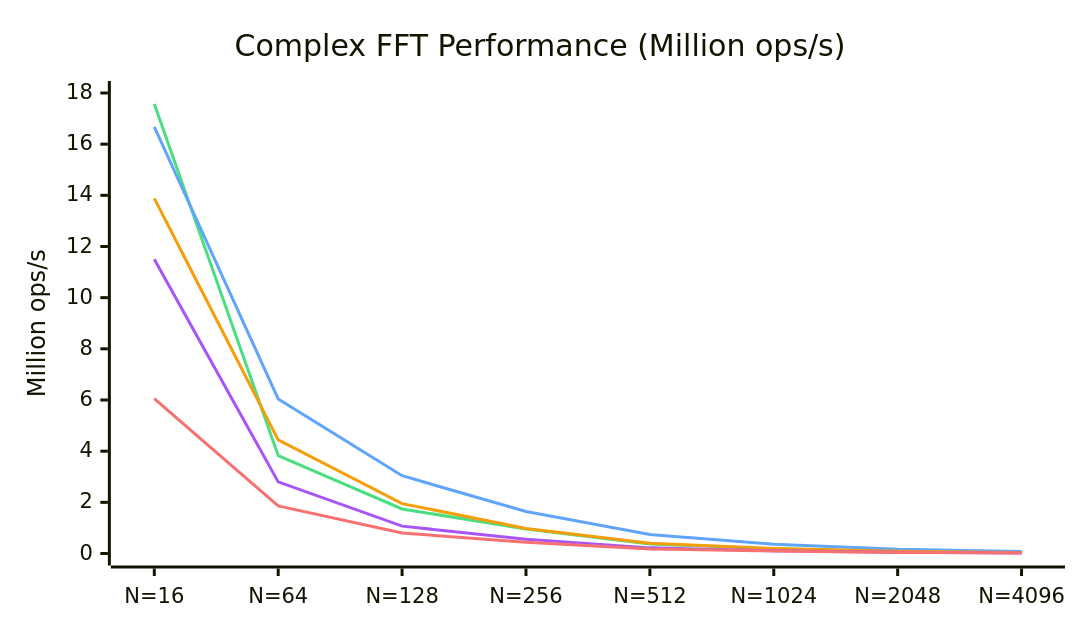
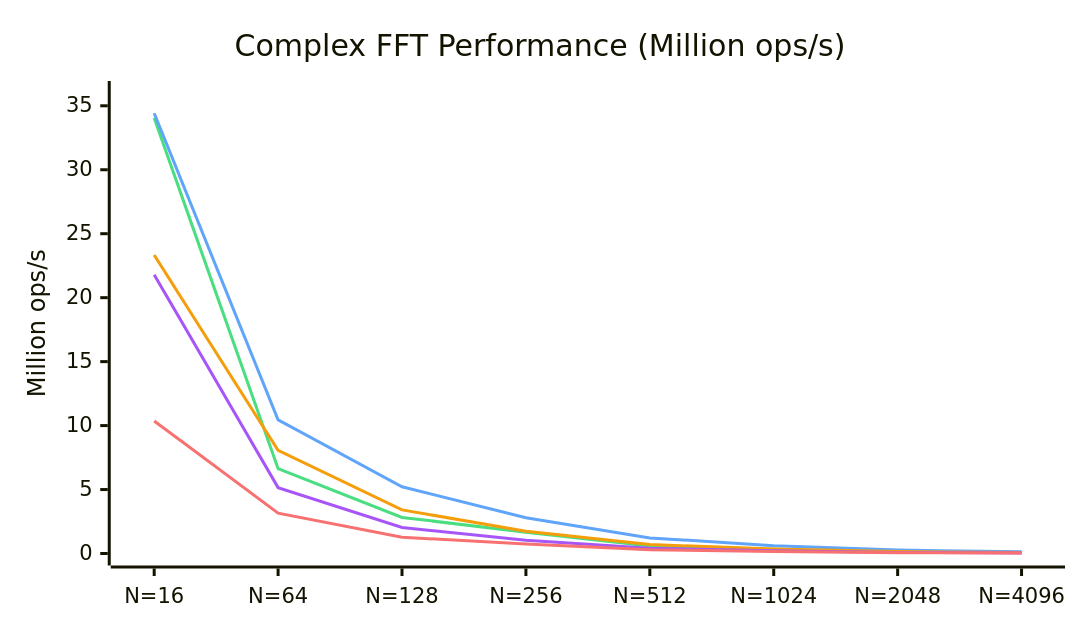
The first of 2 diagrams in README.md (EmNudge/wat-fft), drawn with Mermaid before and after one commit. The commit also changed other lines of this file and 6 other files, not shown here.

````diff
--- a/README.md
+++ b/README.md
@@ -22,20 +22,20 @@
 ```mermaid
 ---
 config:
     xyChart:
         width: 700
         height: 400
     themeVariables:
         xyChart:
             plotColorPalette: "#4ade80, #60a5fa, #f59e0b, #a855f7, #f87171"
 ---
 xychart-beta
     title "Complex FFT Performance (Million ops/s)"
     x-axis [N=16, N=64, N=128, N=256, N=512, N=1024, N=2048, N=4096]
-    y-axis "Million ops/s" 0 --> 18
-    line [17.57, 3.83, 1.74, 0.96, 0.37, 0.19, 0.080, 0.044]
-    line [16.68, 6.04, 3.04, 1.64, 0.74, 0.36, 0.163, 0.081]
-    line [13.88, 4.44, 1.95, 0.98, 0.40, 0.20, 0.084, 0.041]
-    line [11.50, 2.80, 1.07, 0.56, 0.22, 0.11, 0.047, 0.023]
-    line [6.05, 1.86, 0.80, 0.44, 0.18, 0.10, 0.041, 0.022]
+    y-axis "Million ops/s" 0 --> 36
+    line [34.04, 6.63, 2.82, 1.67, 0.579, 0.326, 0.118, 0.072]
+    line [34.42, 10.45, 5.22, 2.80, 1.22, 0.614, 0.270, 0.132]
+    line [23.34, 8.06, 3.41, 1.74, 0.695, 0.348, 0.148, 0.073]
+    line [21.80, 5.15, 2.04, 1.03, 0.419, 0.210, 0.088, 0.044]
+    line [10.36, 3.15, 1.27, 0.734, 0.293, 0.161, 0.066, 0.036]
 ```
````
